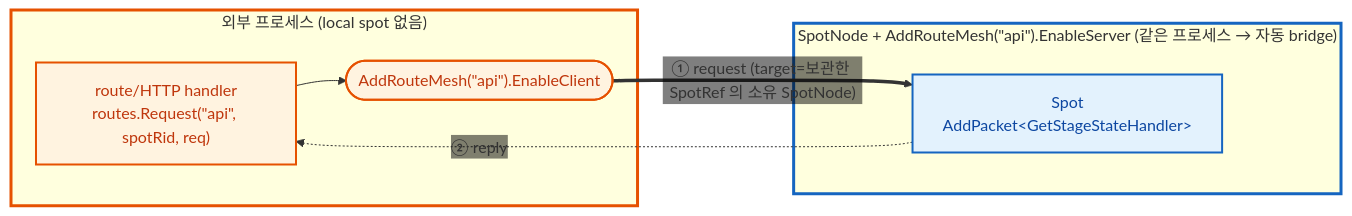
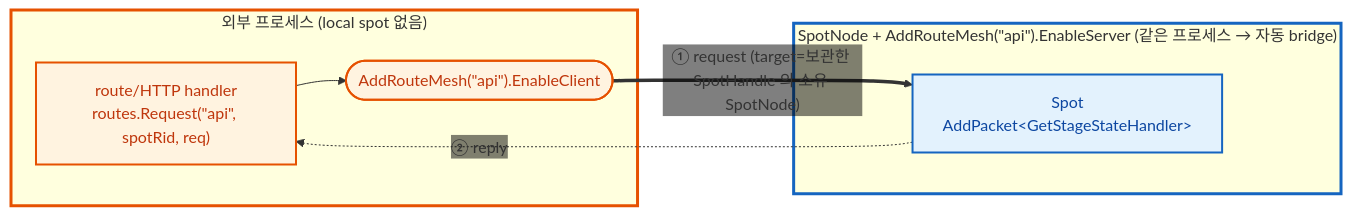
The eighth of 8 diagrams in framework/doc/framework/dotnet/guide/05-spot.ko.md (kairos-code-dev/zlink), drawn with Mermaid before and after one commit. The commit also changed other lines of this file and 367 other files, not shown here.

````diff
--- a/framework/doc/framework/dotnet/guide/05-spot.ko.md
+++ b/framework/doc/framework/dotnet/guide/05-spot.ko.md
@@ -958,20 +956,20 @@
 ```mermaid
 %%{init: {'themeVariables': {'edgeLabelBackground':'transparent'}}}%%
 flowchart LR
   subgraph ext["외부 프로세스 (local spot 없음)"]
     h["route/HTTP handler<br/>routes.Request(&quot;api&quot;, spotRid, req)"]
     c(["AddRouteMesh(&quot;api&quot;).EnableClient"])
     h --> c
   end
   subgraph sn["SpotNode + AddRouteMesh(&quot;api&quot;).EnableServer (같은 프로세스 → 자동 bridge)"]
     sp["Spot<br/>AddPacket&lt;GetStageStateHandler&gt;"]
   end
-  c ==>|"① request (target=보관한 SpotRef 의 소유 SpotNode)"| sp
+  c ==>|"① request (target=보관한 SpotHandle 의 소유 SpotNode)"| sp
   sp -.->|"② reply"| h
   classDef ownMesh fill:#e3f2fd,stroke:#1565c0,stroke-width:2px,color:#0d47a1;
   classDef extNode fill:#fff3e0,stroke:#e65100,stroke-width:2px,color:#bf360c;
   class sp ownMesh;
   class h,c extNode;
   style sn stroke:#1565c0,stroke-width:3px
   style ext stroke:#e65100,stroke-width:3px
 ```
````
